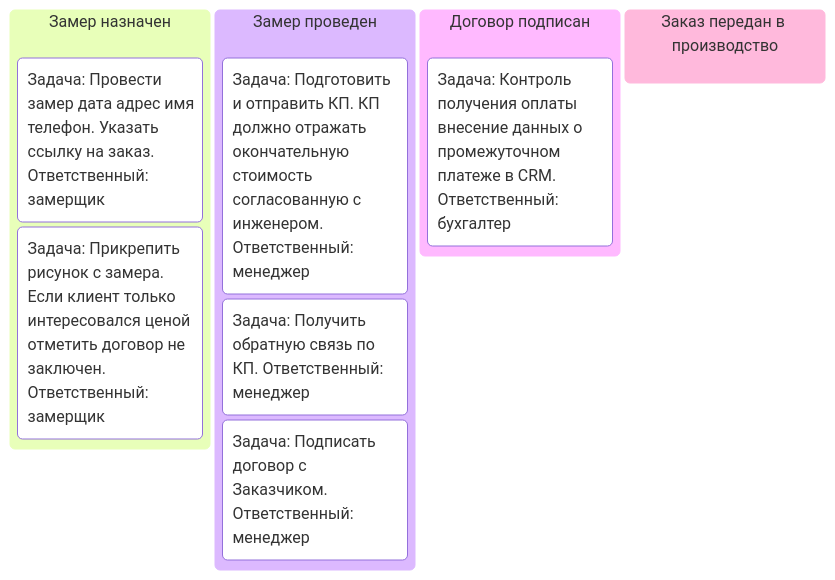
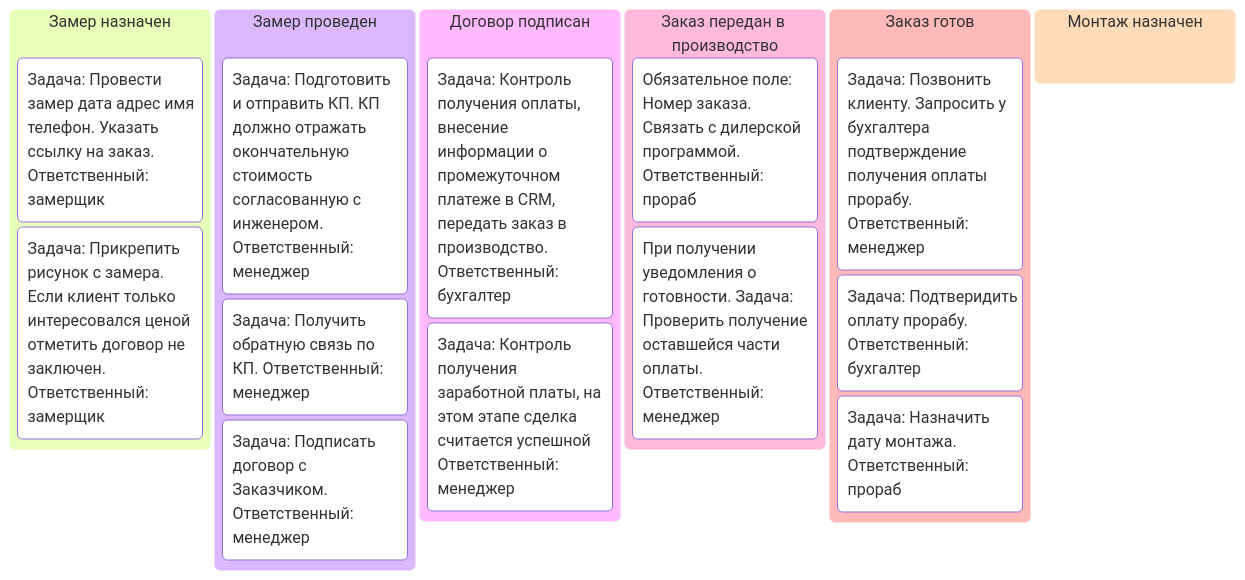
The second of 2 diagrams in bpmn.md (NazarovKI/vera), drawn with Mermaid before and after one commit. The commit also changed 3 other files, not shown here.

````diff
--- a/bpmn.md
+++ b/bpmn.md
@@ -90,13 +90,22 @@
 ```mermaid
    kanban
 column1[Замер назначен]
     task1[Задача: Провести замер дата адрес имя телефон. Указать ссылку на заказ. Ответственный: замерщик]
     task2[Задача: Прикрепить рисунок с замера. Если клиент только интересовался ценой отметить договор не заключен. Ответственный: замерщик]
 column2[Замер проведен] 
     task1[Задача: Подготовить и отправить КП. КП должно отражать окончательную стоимость согласованную с инженером. Ответственный: менеджер]
     task2[Задача: Получить обратную связь по КП. Ответственный: менеджер]
     task3[Задача: Подписать договор с Заказчиком. Ответственный: менеджер]
 column3[Договор подписан]
-    task1[Задача: Контроль получения оплаты внесение данных о промежуточном платеже в CRM. Ответственный: бухгалтер]
+    task1[Задача: Контроль получения оплаты, внесение информации о промежуточном платеже в CRM, передать заказ в производство. Ответственный: бухгалтер]
+    task2[Задача: Контроль получения заработной платы, на этом этапе сделка считается успешной
+Ответственный: менеджер]
 column4[Заказ передан в производство]
+    task1[Обязательное поле: Номер заказа. Связать с дилерской программой. Ответственный: прораб]
+    task2[При получении уведомления о готовности. Задача: Проверить получение оставшейся части оплаты. Ответственный: менеджер]
+column5[Заказ готов]    
+    task1[Задача: Позвонить клиенту. Запросить у бухгалтера подтверждение получения оплаты прорабу. Ответственный: менеджер]
+     task2[Задача: Подтверидить оплату прорабу. Ответственный: бухгалтер]
+    task3[Задача: Назначить дату монтажа. Ответственный: прораб]
+column6[Монтаж назначен]
 ```
````
